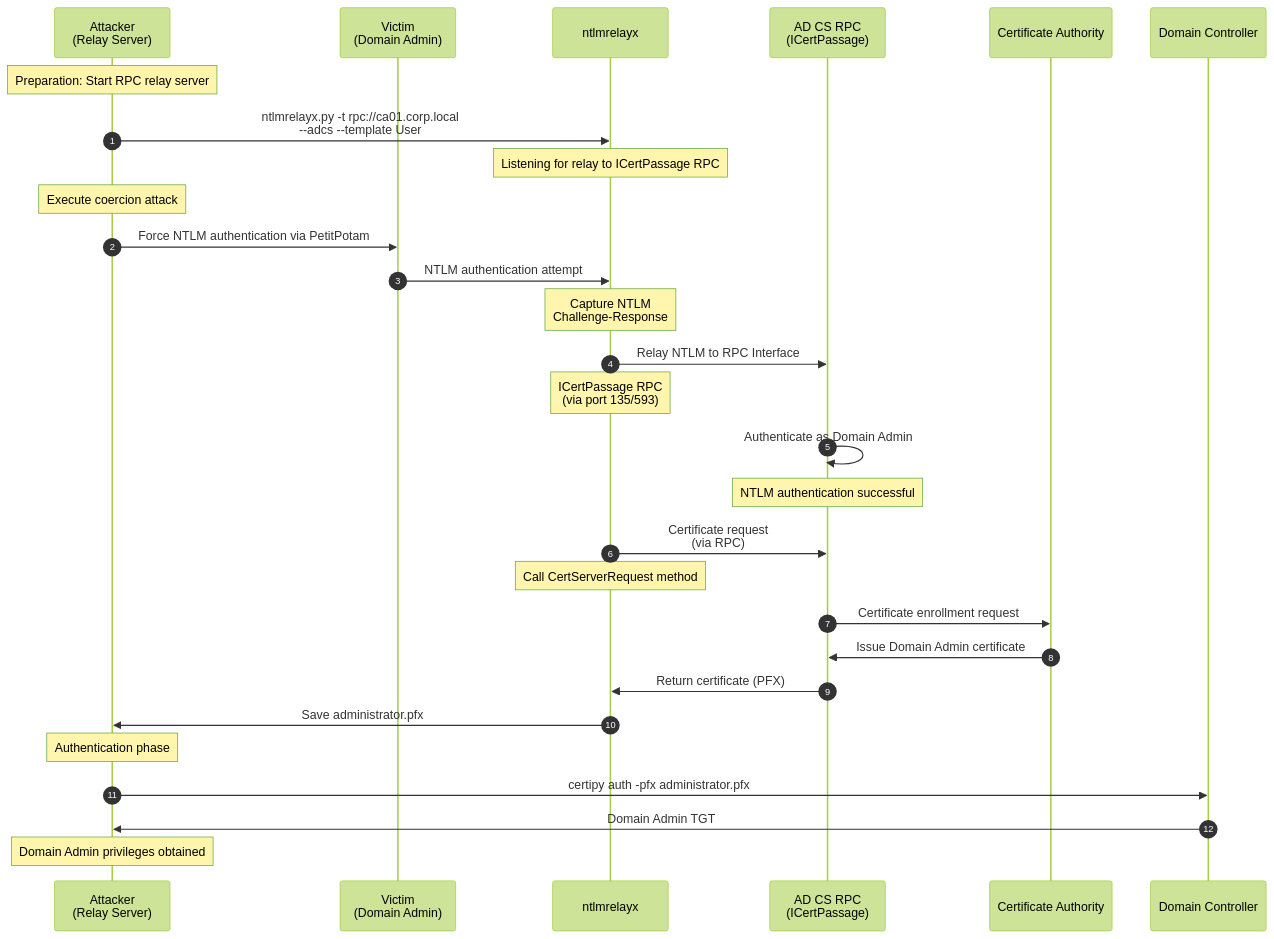
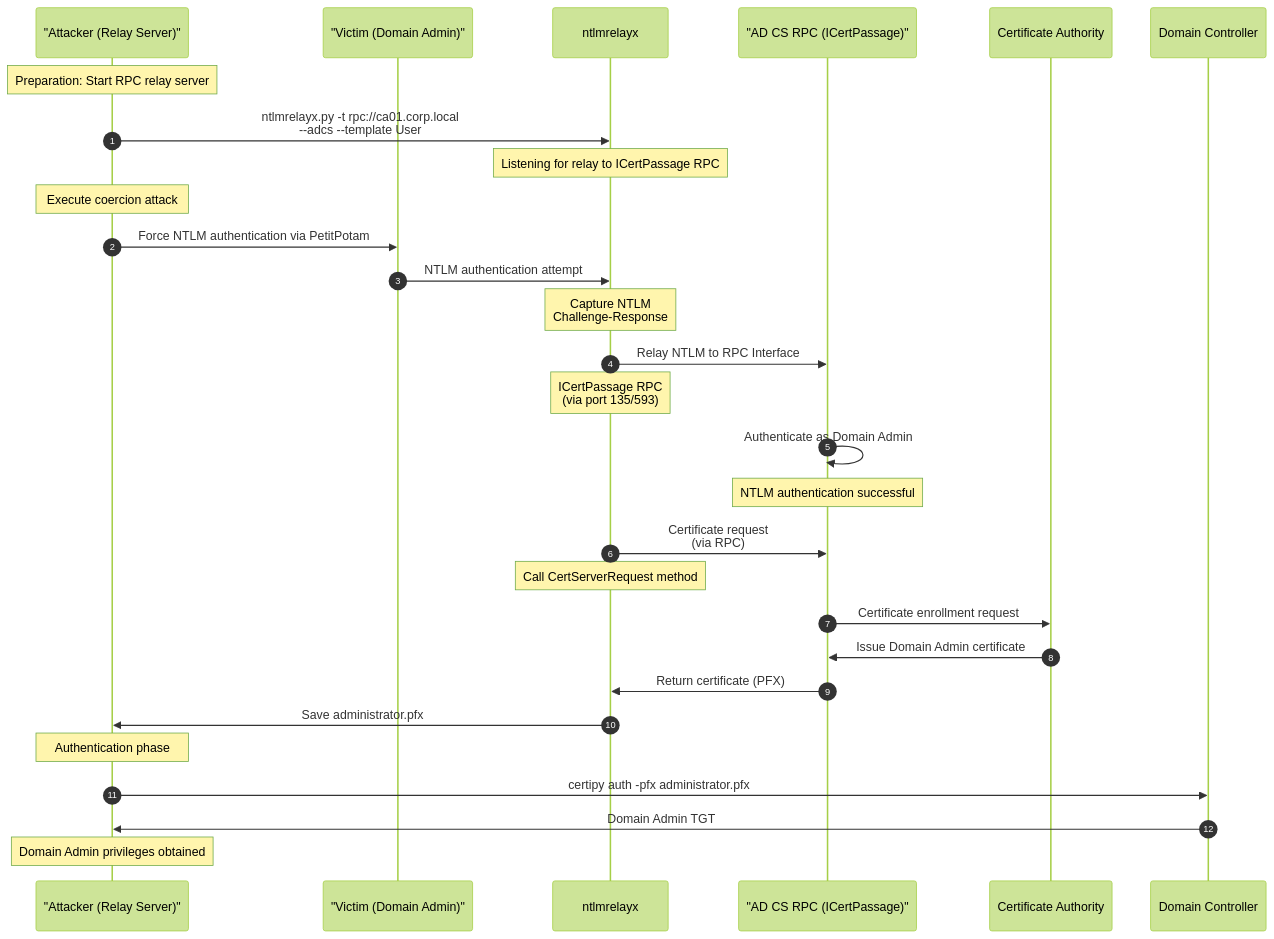
One commit to morimori-dev/morimori-dev.github.io changed diagram 11 of 17 in _posts/2026-03-03-tech-adcs-esc-attack-guide.md. Above: the diagram before and after it, drawn with Mermaid (forest theme). The commit also changed other lines of this file and 7 other files, not shown here.

First line of the commit message:
Fix Mermaid syntax errors in 8 posts

````diff
--- a/_posts/2026-03-03-tech-adcs-esc-attack-guide.md
+++ b/_posts/2026-03-03-tech-adcs-esc-attack-guide.md
@@ -1052,46 +1052,46 @@
 ```mermaid
 sequenceDiagram
     autonumber
-    participant A as Attacker<br/>(Relay Server)
-    participant V as Victim<br/>(Domain Admin)
+    participant A as "Attacker (Relay Server)"
+    participant V as "Victim (Domain Admin)"
     participant R as ntlmrelayx
-    participant RPC as AD CS RPC<br/>(ICertPassage)
+    participant RPC as "AD CS RPC (ICertPassage)"
     participant CA as Certificate Authority
     participant DC as Domain Controller
 
     Note over A: Preparation: Start RPC relay server
 
     A->>R: ntlmrelayx.py -t rpc://ca01.corp.local<br/>--adcs --template User
 
     Note over R: Listening for relay to ICertPassage RPC
 
     Note over A: Execute coercion attack
 
     A->>V: Force NTLM authentication via PetitPotam
 
     V->>R: NTLM authentication attempt
 
     Note over R: Capture NTLM<br/>Challenge-Response
 
     R->>RPC: Relay NTLM to RPC Interface
     Note over R: ICertPassage RPC<br/>(via port 135/593)
 
     RPC->>RPC: Authenticate as Domain Admin
     Note over RPC: NTLM authentication successful
 
     R->>RPC: Certificate request<br/>(via RPC)
     Note over R: Call CertServerRequest method
 
     RPC->>CA: Certificate enrollment request
     CA->>RPC: Issue Domain Admin certificate
     RPC->>R: Return certificate (PFX)
 
     R->>A: Save administrator.pfx
 
     Note over A: Authentication phase
 
     A->>DC: certipy auth -pfx administrator.pfx
     DC->>A: Domain Admin TGT
 
     Note over A: Domain Admin privileges obtained
 ```
````
